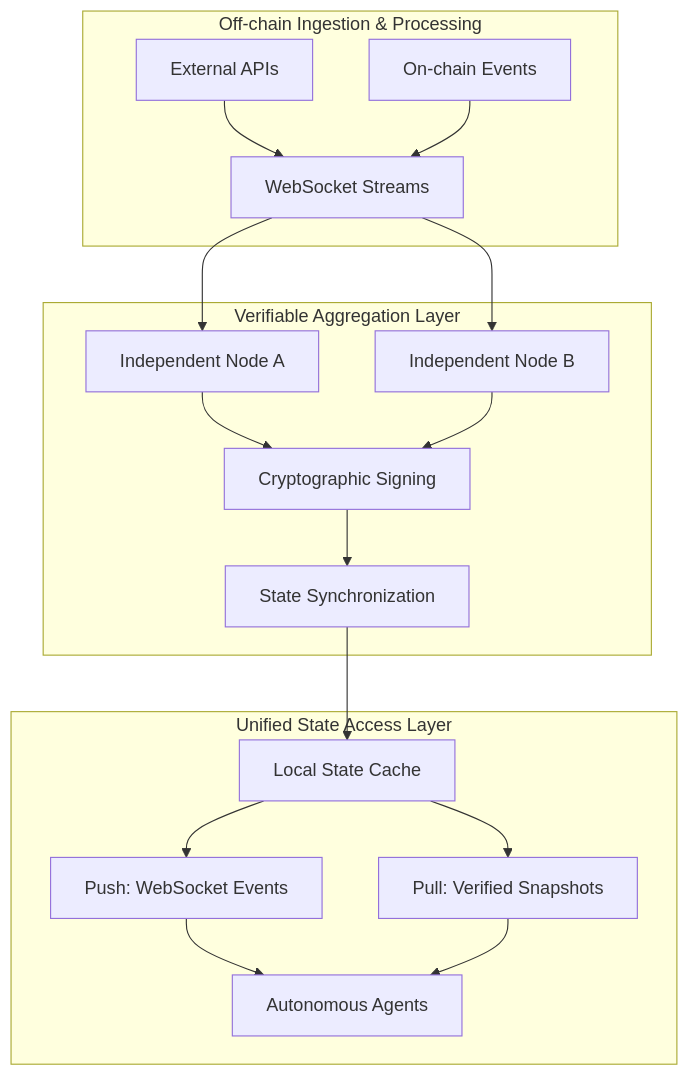
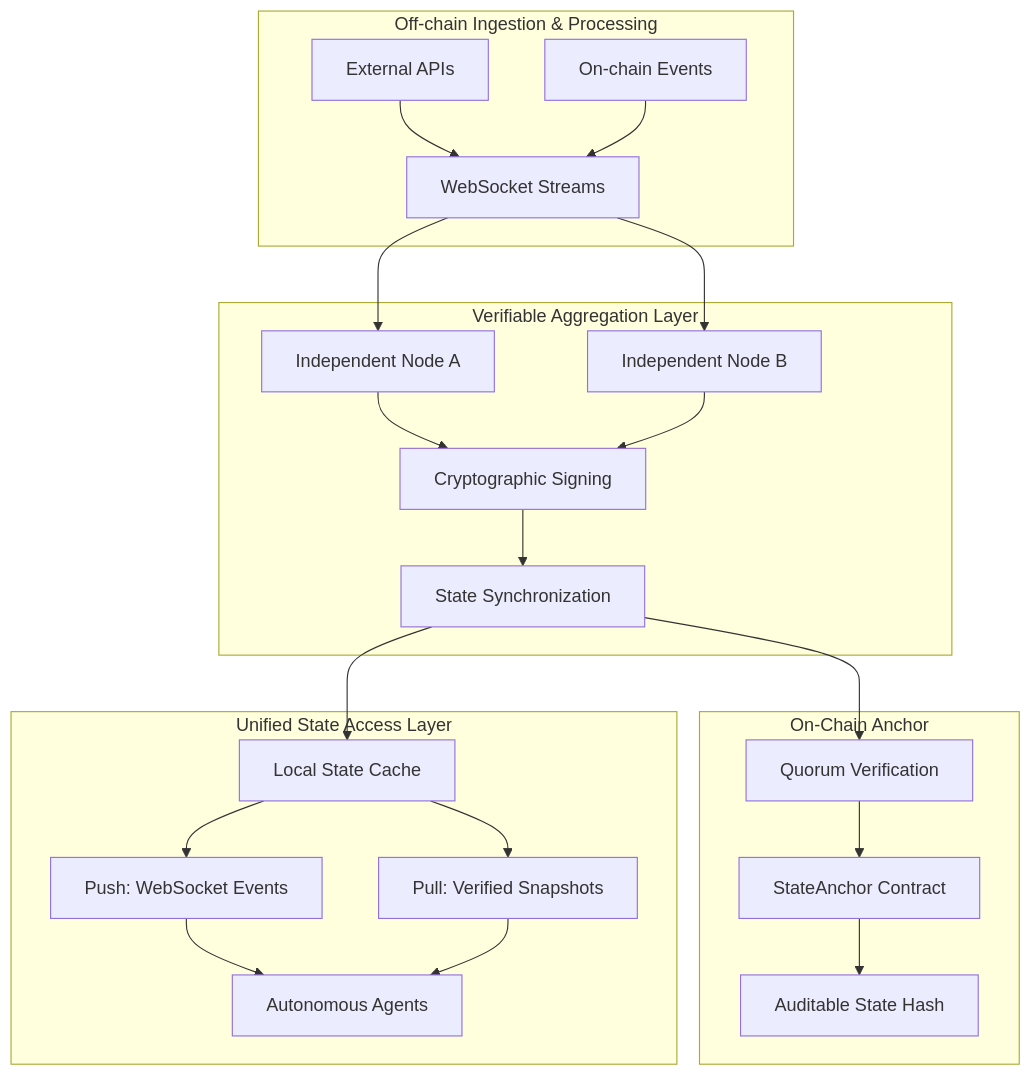
The diagram in project_context.md (kwstx/agent_data), drawn with Mermaid before and after one commit. The commit also changed other lines of this file and 5 other files, not shown here.

First line of the commit message:
feat: implement verifiable aggregation node and on-chain state anchor

````diff
--- a/project_context.md
+++ b/project_context.md
@@ -27,23 +36,29 @@
 ```mermaid
 graph TD
     subgraph Ingestion ["Off-chain Ingestion & Processing"]
         Ext[External APIs] --> Stream[WebSocket Streams]
         Chain[On-chain Events] --> Stream
     end
 
     subgraph Aggregation ["Verifiable Aggregation Layer"]
         Stream --> Node1[Independent Node A]
         Stream --> Node2[Independent Node B]
         Node1 --> Sign[Cryptographic Signing]
         Node2 --> Sign
         Sign --> Sync[State Synchronization]
     end
 
+    subgraph Verification ["On-Chain Anchor"]
+        Sync --> Quorum[Quorum Verification]
+        Quorum --> Contract[StateAnchor Contract]
+        Contract --> Audit[Auditable State Hash]
+    end
+
     subgraph Access ["Unified State Access Layer"]
         Sync --> Cache[Local State Cache]
         Cache --> Push[Push: WebSocket Events]
         Cache --> Pull[Pull: Verified Snapshots]
         Push --> Agents[Autonomous Agents]
         Pull --> Agents
     end
 ```
````
